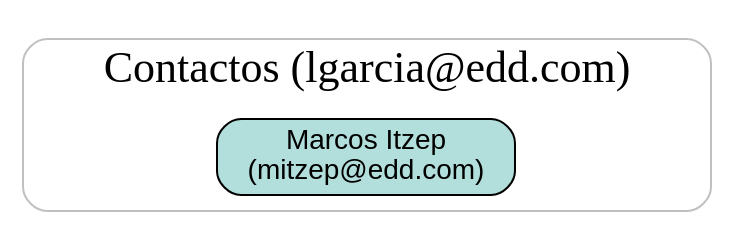
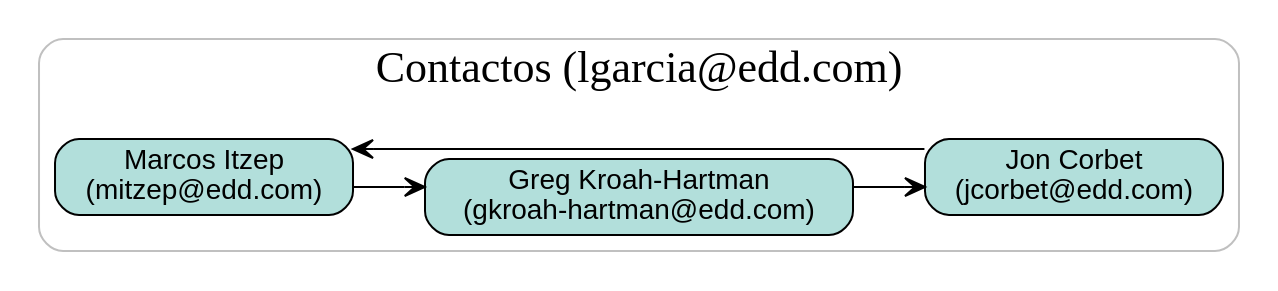
The diagram in Fase2/lgarcia-Reportes/contactos.dot (YurySantosGit/-EDD-2S2025_202113318), drawn with Graphviz before and after one commit. The commit also changed 55 other files, not shown here.

```diff
--- a/Fase2/lgarcia-Reportes/contactos.dot
+++ b/Fase2/lgarcia-Reportes/contactos.dot
@@ -1,9 +1,14 @@
 digraph Contactos {
   graph [splines=ortho, bgcolor="white"];
   rankdir=LR;
   node [shape=box, style="rounded,filled", fillcolor="#B2DFDB", fontname="Helvetica"];
   edge [arrowhead=vee];
   subgraph cluster_circular { label="Contactos (lgarcia@edd.com)"; labelloc=top; fontsize=22; style="rounded"; color="#C0C0C0";
     k0 [label="Marcos Itzep\n(mitzep@edd.com)"];
+    k1 [label="Greg Kroah-Hartman\n(gkroah-hartman@edd.com)"];
+    k0 -> k1;
+    k2 [label="Jon Corbet\n(jcorbet@edd.com)"];
+    k1 -> k2;
+    k2 -> k0;
   }
 }
```
